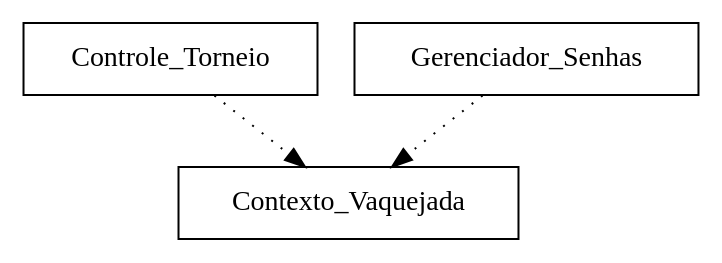
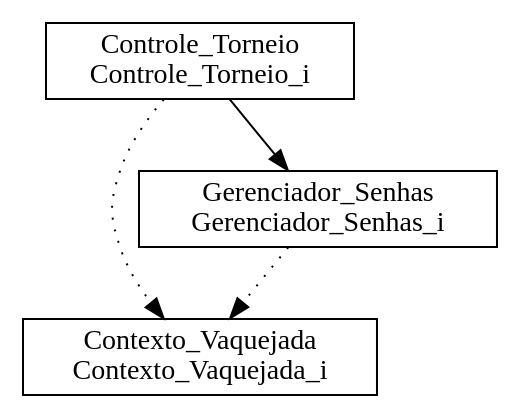
One commit to EduardoKaio/vaquejadaMetodosFormais changed the diagram in bdp/vaquejada.dot. Above: the diagram before and after it, drawn with Graphviz. The commit also changed 68 other files, not shown here.

```diff
--- a/bdp/vaquejada.dot
+++ b/bdp/vaquejada.dot
@@ -1,8 +1,9 @@
 digraph {
-Contexto_Vaquejada [ label=" Contexto_Vaquejada " shape= box ]
-Controle_Torneio [ label=" Controle_Torneio " shape= box ]
-Gerenciador_Senhas [ label=" Gerenciador_Senhas " shape= box ]
+Contexto_Vaquejada_i [ label=" Contexto_Vaquejada\nContexto_Vaquejada_i " shape= box ]
+Controle_Torneio_i [ label=" Controle_Torneio\nControle_Torneio_i " shape= box ]
+Gerenciador_Senhas_i [ label=" Gerenciador_Senhas\nGerenciador_Senhas_i " shape= box ]
 
-"Controle_Torneio" -> "Contexto_Vaquejada" [style= dotted ]
-"Gerenciador_Senhas" -> "Contexto_Vaquejada" [style= dotted ]
+"Controle_Torneio_i" -> "Contexto_Vaquejada_i" [style= dotted ]
+"Controle_Torneio_i" -> "Gerenciador_Senhas_i" []
+"Gerenciador_Senhas_i" -> "Contexto_Vaquejada_i" [style= dotted ]
 }
```
